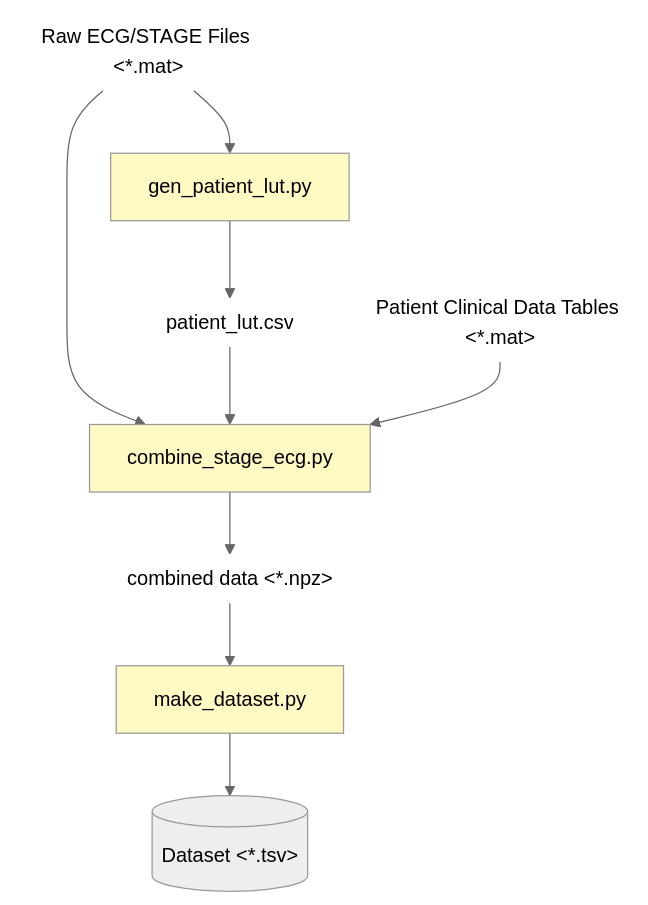
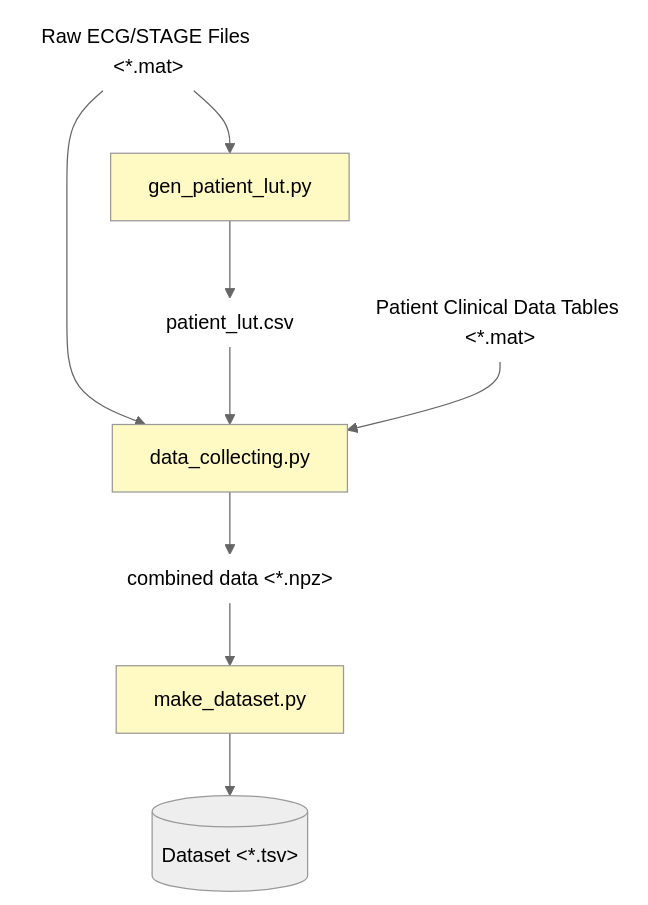
One commit to CelleryLin/Sleep_Stage_Prediction changed the diagram in Preprocessing/README.md. Above: the diagram before and after it, drawn with Mermaid. The commit also changed other lines of this file and 19 other files, not shown here.

````diff
--- a/Preprocessing/README.md
+++ b/Preprocessing/README.md
@@ -207,23 +208,23 @@
 ```mermaid
 ---
 config:
   layout: dagre
   theme: neutral
 ---
 flowchart TD
-    A["Raw ECG/STAGE Files &lt;*.mat&gt;"] --> B["gen_patient_lut.py"] & D["combine_stage_ecg.py"]
+    A["Raw ECG/STAGE Files &lt;*.mat&gt;"] --> B["gen_patient_lut.py"] & D["data_collecting.py"]
     B --> C["patient_lut.csv"]
     C --> D
     D --> E["combined data &lt;*.npz&gt;"]
     E --> F["make_dataset.py"]
     F --> G["Dataset &lt;*.tsv&gt;"]
     H["Patient Clinical Data Tables &lt;*.mat&gt;"] --> D
     A@{ shape: text}
     C@{ shape: text}
     E@{ shape: text}
     G@{ shape: cyl}
     H@{ shape: text}
     style B fill:#FFF9C4
     style D fill:#FFF9C4
     style F fill:#FFF9C4
 ```
````
